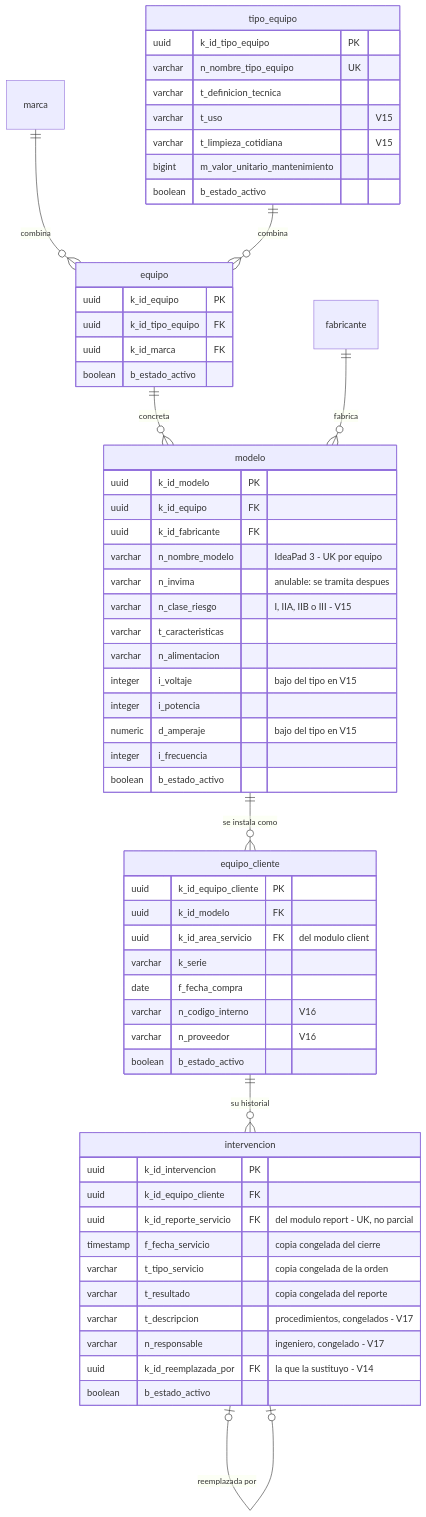
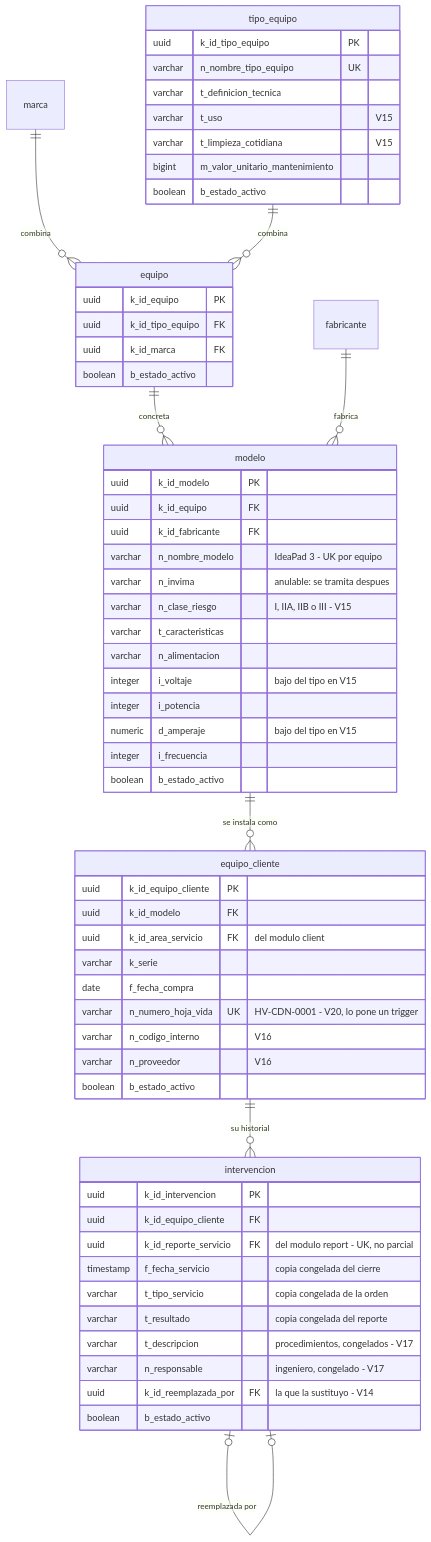
Before and after one commit to SeanBol222/MalphasOs: the fifth of 8 diagrams in SecondBrain/wiki/base-de-datos/esquema-bd-malphasos.md, drawn with Mermaid. The commit also changed other lines of this file and 5 other files, not shown here.

First line of the commit message:
docs(wiki): the life sheet is numbered, and the schema has its first triggers

````diff
--- a/SecondBrain/wiki/base-de-datos/esquema-bd-malphasos.md
+++ b/SecondBrain/wiki/base-de-datos/esquema-bd-malphasos.md
@@ -274,62 +302,63 @@
 ```mermaid
 erDiagram
     marca ||--o{ equipo : "combina"
     tipo_equipo ||--o{ equipo : "combina"
     equipo ||--o{ modelo : "concreta"
     fabricante ||--o{ modelo : "fabrica"
     modelo ||--o{ equipo_cliente : "se instala como"
     equipo_cliente ||--o{ intervencion : "su historial"
     intervencion |o--o| intervencion : "reemplazada por"
     tipo_equipo {
         uuid k_id_tipo_equipo PK
         varchar n_nombre_tipo_equipo UK
         varchar t_definicion_tecnica
         varchar t_uso "V15"
         varchar t_limpieza_cotidiana "V15"
         bigint m_valor_unitario_mantenimiento
         boolean b_estado_activo
     }
     equipo {
         uuid k_id_equipo PK
         uuid k_id_tipo_equipo FK
         uuid k_id_marca FK
         boolean b_estado_activo
     }
     modelo {
         uuid k_id_modelo PK
         uuid k_id_equipo FK
         uuid k_id_fabricante FK
         varchar n_nombre_modelo "IdeaPad 3 - UK por equipo"
         varchar n_invima "anulable: se tramita despues"
         varchar n_clase_riesgo "I, IIA, IIB o III - V15"
         varchar t_caracteristicas
         varchar n_alimentacion
         integer i_voltaje "bajo del tipo en V15"
         integer i_potencia
         numeric d_amperaje "bajo del tipo en V15"
         integer i_frecuencia
         boolean b_estado_activo
     }
     equipo_cliente {
         uuid k_id_equipo_cliente PK
         uuid k_id_modelo FK
         uuid k_id_area_servicio FK "del modulo client"
         varchar k_serie
         date f_fecha_compra
+        varchar n_numero_hoja_vida UK "HV-CDN-0001 - V20, lo pone un trigger"
         varchar n_codigo_interno "V16"
         varchar n_proveedor "V16"
         boolean b_estado_activo
     }
     intervencion {
         uuid k_id_intervencion PK
         uuid k_id_equipo_cliente FK
         uuid k_id_reporte_servicio FK "del modulo report - UK, no parcial"
         timestamp f_fecha_servicio "copia congelada del cierre"
         varchar t_tipo_servicio "copia congelada de la orden"
         varchar t_resultado "copia congelada del reporte"
         varchar t_descripcion "procedimientos, congelados - V17"
         varchar n_responsable "ingeniero, congelado - V17"
         uuid k_id_reemplazada_por FK "la que la sustituyo - V14"
         boolean b_estado_activo
     }
 ```
````
